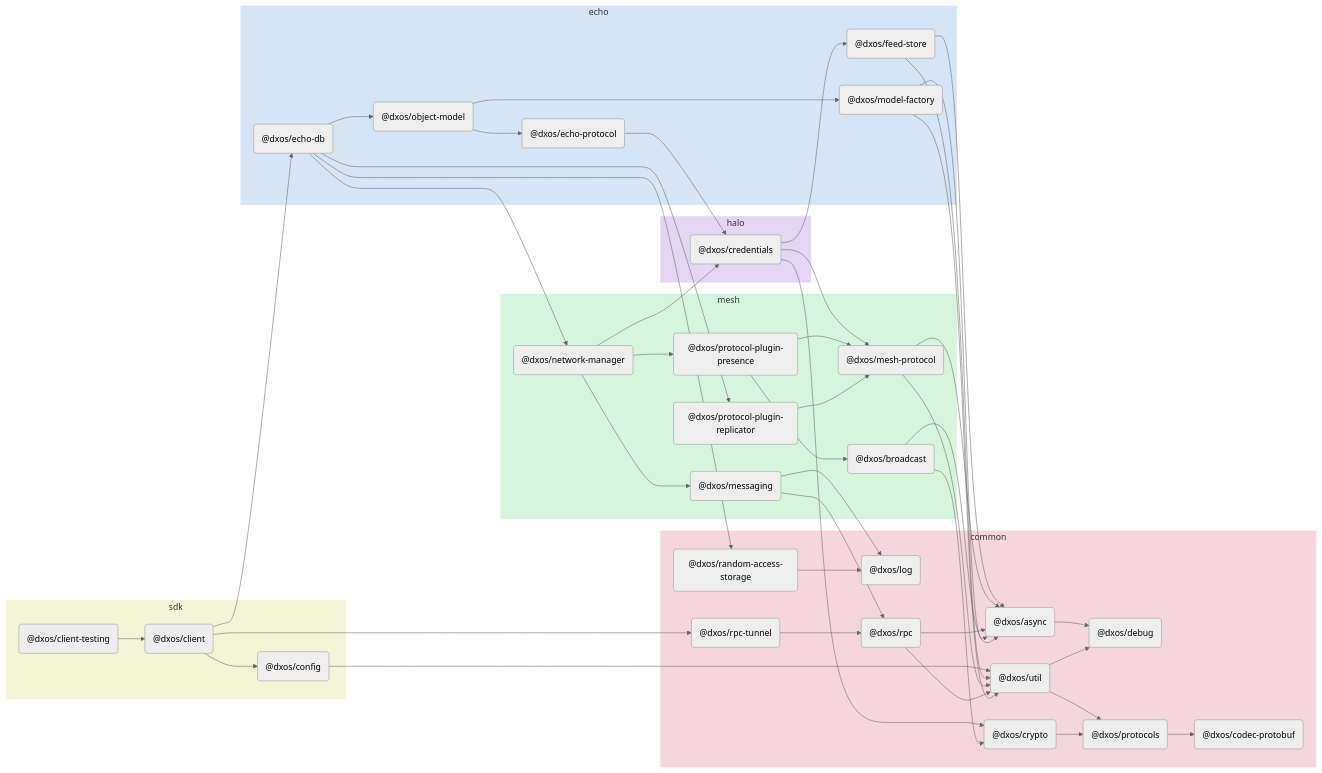
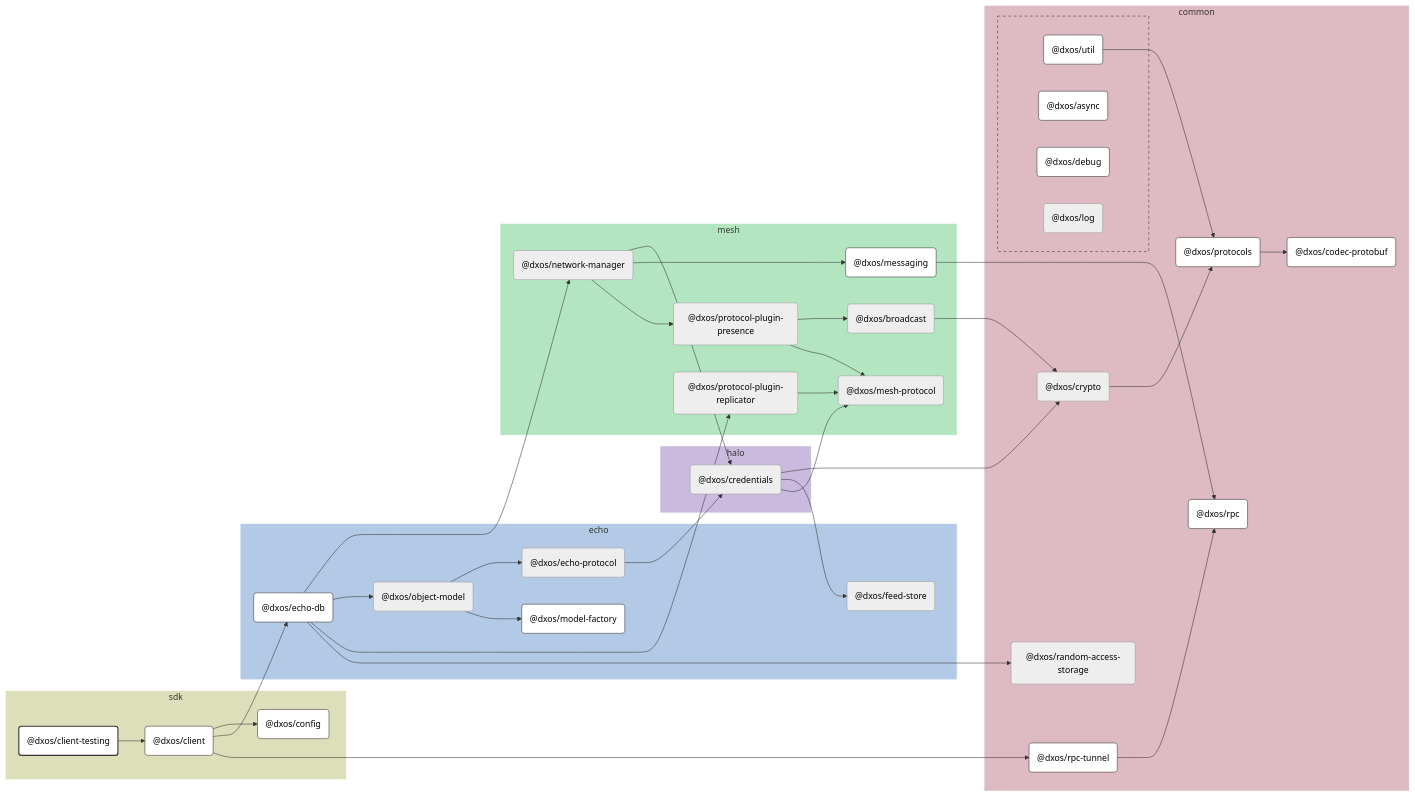
One commit to dxos/dxos changed the diagram in packages/sdk/client-testing/docs/README.md. Above: the diagram before and after it, drawn with Mermaid (neutral theme). The commit also changed other lines of this file and 109 other files, not shown here.

````diff
--- a/packages/sdk/client-testing/docs/README.md
+++ b/packages/sdk/client-testing/docs/README.md
@@ -5,89 +7,124 @@
 ```mermaid
-flowchart LR;
+%%{ init: {'flowchart':{'curve':'basis'}} }%%
 
+flowchart LR
+
+%% Links
+dxos/broadcast --> dxos/crypto;
+dxos/client --> dxos/config;
+dxos/client --> dxos/echo-db;
+dxos/client --> dxos/rpc-tunnel;
+dxos/client-testing --> dxos/client;
+dxos/credentials --> dxos/crypto;
+dxos/credentials --> dxos/feed-store;
+dxos/credentials --> dxos/mesh-protocol;
+dxos/crypto --> dxos/protocols;
+dxos/echo-db --> dxos/network-manager;
+dxos/echo-db --> dxos/object-model;
+dxos/echo-db --> dxos/protocol-plugin-replicator;
+dxos/echo-db --> dxos/random-access-storage;
+dxos/echo-protocol --> dxos/credentials;
+dxos/messaging --> dxos/rpc;
+dxos/network-manager --> dxos/credentials;
+dxos/network-manager --> dxos/messaging;
+dxos/network-manager --> dxos/protocol-plugin-presence;
+dxos/object-model --> dxos/echo-protocol;
+dxos/object-model --> dxos/model-factory;
+dxos/protocol-plugin-presence --> dxos/broadcast;
+dxos/protocol-plugin-presence --> dxos/mesh-protocol;
+dxos/protocol-plugin-replicator --> dxos/mesh-protocol;
+dxos/protocols --> dxos/codec-protobuf;
+dxos/rpc-tunnel --> dxos/rpc;
+dxos/util --> dxos/protocols;
+
+%% Sections
 subgraph sdk
-  style sdk fill:#f4f5d6,stroke:#fff;
-  dxos/client-testing("@dxos/client-testing");
-  dxos/client("@dxos/client");
-  dxos/config("@dxos/config");
+  style sdk fill:#dddeba,stroke:#fff;
+
+  dxos/client("@dxos/client")
+  dxos/client-testing("@dxos/client-testing")
+  dxos/config("@dxos/config")
 end
 
 subgraph common
-  style common fill:#f5d6dd,stroke:#fff;
-  dxos/async("@dxos/async");
-  dxos/debug("@dxos/debug");
-  dxos/codec-protobuf("@dxos/codec-protobuf");
-  dxos/protocols("@dxos/protocols");
-  dxos/util("@dxos/util");
-  dxos/log("@dxos/log");
-  dxos/crypto("@dxos/crypto");
-  dxos/rpc("@dxos/rpc");
-  dxos/random-access-storage("@dxos/random-access-storage");
-  dxos/rpc-tunnel("@dxos/rpc-tunnel");
+  style common fill:#debac2,stroke:#fff;
+
+  dxos/codec-protobuf("@dxos/codec-protobuf")
+  dxos/crypto("@dxos/crypto")
+  dxos/protocols("@dxos/protocols")
+  dxos/random-access-storage("@dxos/random-access-storage")
+  dxos/rpc("@dxos/rpc")
+  dxos/rpc-tunnel("@dxos/rpc-tunnel")
+
+  subgraph common-excluded [ ]
+    style common-excluded fill:#debac2,stroke:#333,stroke-dasharray:5 5;
+
+    dxos/async("@dxos/async")
+    dxos/debug("@dxos/debug")
+    dxos/log("@dxos/log")
+    dxos/util("@dxos/util")
+  end
 end
 
 subgraph echo
-  style echo fill:#d6e4f5,stroke:#fff;
-  dxos/echo-db("@dxos/echo-db");
-  dxos/feed-store("@dxos/feed-store");
-  dxos/echo-protocol("@dxos/echo-protocol");
-  dxos/model-factory("@dxos/model-factory");
-  dxos/object-model("@dxos/object-model");
+  style echo fill:#b3cae6,stroke:#fff;
+
+  dxos/echo-db("@dxos/echo-db")
+  dxos/echo-protocol("@dxos/echo-protocol")
+  dxos/feed-store("@dxos/feed-store")
+  dxos/model-factory("@dxos/model-factory")
+  dxos/object-model("@dxos/object-model")
 end
 
 subgraph halo
-  style halo fill:#e3d6f5,stroke:#fff;
-  dxos/credentials("@dxos/credentials");
+  style halo fill:#cabade,stroke:#fff;
+
+  dxos/credentials("@dxos/credentials")
 end
 
 subgraph mesh
-  style mesh fill:#d6f5de,stroke:#fff;
-  dxos/mesh-protocol("@dxos/mesh-protocol");
-  dxos/messaging("@dxos/messaging");
-  dxos/network-manager("@dxos/network-manager");
-  dxos/protocol-plugin-presence("@dxos/protocol-plugin-presence");
-  dxos/broadcast("@dxos/broadcast");
-  dxos/protocol-plugin-replicator("@dxos/protocol-plugin-replicator");
+  style mesh fill:#b3e6c0,stroke:#fff;
+
+  dxos/broadcast("@dxos/broadcast")
+  dxos/mesh-protocol("@dxos/mesh-protocol")
+  dxos/messaging("@dxos/messaging")
+  dxos/network-manager("@dxos/network-manager")
+  dxos/protocol-plugin-presence("@dxos/protocol-plugin-presence")
+  dxos/protocol-plugin-replicator("@dxos/protocol-plugin-replicator")
 end
 
-dxos/async --> dxos/debug;
-dxos/client-testing --> dxos/client;
-dxos/client --> dxos/config;
-dxos/protocols --> dxos/codec-protobuf;
-dxos/config --> dxos/util;
-dxos/util --> dxos/debug;
-dxos/util --> dxos/protocols;
-dxos/client --> dxos/echo-db;
-dxos/credentials --> dxos/crypto;
-dxos/crypto --> dxos/protocols;
-dxos/credentials --> dxos/feed-store;
-dxos/feed-store --> dxos/async;
-dxos/feed-store --> dxos/util;
-dxos/credentials --> dxos/mesh-protocol;
-dxos/mesh-protocol --> dxos/async;
-dxos/mesh-protocol --> dxos/util;
-dxos/echo-protocol --> dxos/credentials;
-dxos/messaging --> dxos/log;
-dxos/messaging --> dxos/rpc;
-dxos/rpc --> dxos/async;
-dxos/rpc --> dxos/util;
-dxos/model-factory --> dxos/async;
-dxos/model-factory --> dxos/util;
-dxos/echo-db --> dxos/network-manager;
-dxos/network-manager --> dxos/credentials;
-dxos/network-manager --> dxos/messaging;
-dxos/network-manager --> dxos/protocol-plugin-presence;
-dxos/protocol-plugin-presence --> dxos/broadcast;
-dxos/broadcast --> dxos/async;
-dxos/broadcast --> dxos/crypto;
-dxos/protocol-plugin-presence --> dxos/mesh-protocol;
-dxos/echo-db --> dxos/object-model;
-dxos/object-model --> dxos/echo-protocol;
-dxos/object-model --> dxos/model-factory;
-dxos/echo-db --> dxos/protocol-plugin-replicator;
-dxos/protocol-plugin-replicator --> dxos/mesh-protocol;
-dxos/echo-db --> dxos/random-access-storage;
-dxos/random-access-storage --> dxos/log;
-dxos/client --> dxos/rpc-tunnel;
-dxos/rpc-tunnel --> dxos/rpc;
+
+%% Hyperlinks
+click dxos/async href "https:/github.com/dxos/dxos/tree/main/packages/common/async/docs";
+click dxos/client href "https:/github.com/dxos/dxos/tree/main/packages/sdk/client/docs";
+click dxos/codec-protobuf href "https:/github.com/dxos/dxos/tree/main/packages/common/codec-protobuf/docs";
+click dxos/config href "https:/github.com/dxos/dxos/tree/main/packages/sdk/config/docs";
+click dxos/debug href "https:/github.com/dxos/dxos/tree/main/packages/common/debug/docs";
+click dxos/echo-db href "https:/github.com/dxos/dxos/tree/main/packages/echo/echo-db/docs";
+click dxos/messaging href "https:/github.com/dxos/dxos/tree/main/packages/mesh/messaging/docs";
+click dxos/model-factory href "https:/github.com/dxos/dxos/tree/main/packages/echo/model-factory/docs";
+click dxos/protocols href "https:/github.com/dxos/dxos/tree/main/packages/common/protocols/docs";
+click dxos/rpc href "https:/github.com/dxos/dxos/tree/main/packages/common/rpc/docs";
+click dxos/rpc-tunnel href "https:/github.com/dxos/dxos/tree/main/packages/common/rpc-tunnel/docs";
+click dxos/util href "https:/github.com/dxos/dxos/tree/main/packages/common/util/docs";
+
+%% Styles
+classDef rootNode fill:#fff,stroke:#333,stroke-width:2px
+classDef defaultNode fill:#fff,stroke:#333,stroke-width:1px
+linkStyle default stroke:#333,stroke-width:1px
+
+dxos/client-testing:::rootNode
+
+dxos/async:::defaultNode
+dxos/client:::defaultNode
+dxos/codec-protobuf:::defaultNode
+dxos/config:::defaultNode
+dxos/debug:::defaultNode
+dxos/echo-db:::defaultNode
+dxos/messaging:::defaultNode
+dxos/model-factory:::defaultNode
+dxos/protocols:::defaultNode
+dxos/rpc:::defaultNode
+dxos/rpc-tunnel:::defaultNode
+dxos/util:::defaultNode
 ```
````
